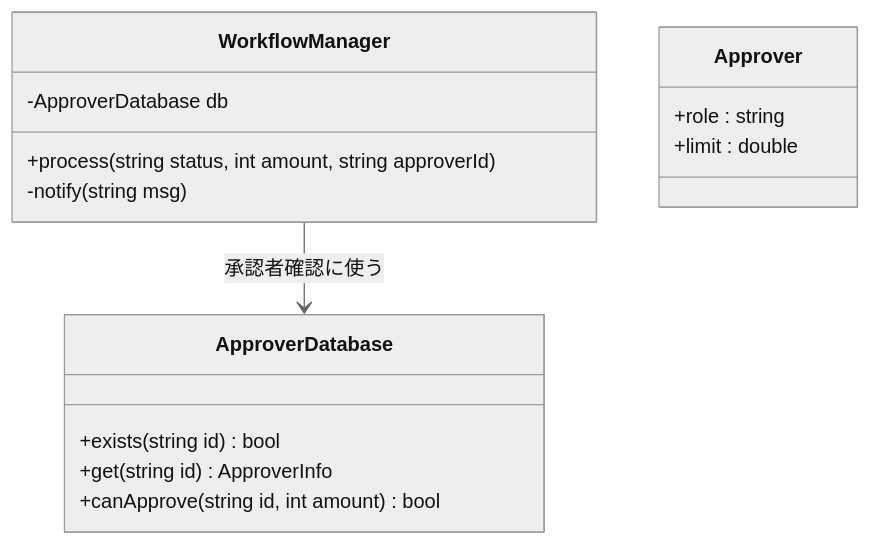
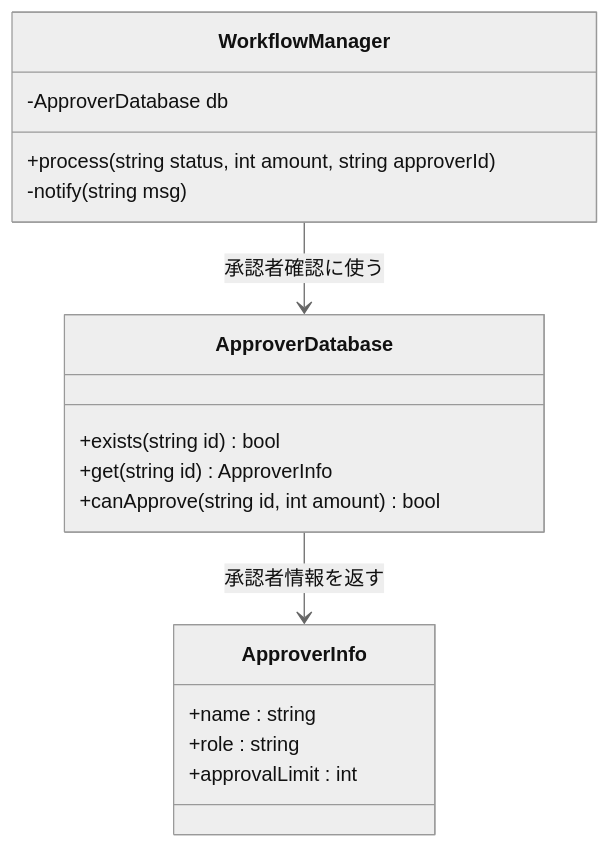
One commit to kumachan1101-pixel/DesignPattern changed the fourth of 16 diagrams in kindle/design-patterns/output/chapter12.md. Above: the diagram before and after it, drawn with Mermaid (neutral theme). The commit also changed other lines of this file and 1 other file, not shown here.

First line of the commit message:
fix: 第12章の未使用クラスApprover（ApproverInfo/ApproverDatabaseと重複する死んだ残骸）を削除しApproverInfoへ一本化（1-3表・クラス図・メンバー表・1-4コード）。第3章の1-4境界表からコードに存在しないReservationHistory行を除去

````diff
--- a/kindle/design-patterns/output/chapter12.md
+++ b/kindle/design-patterns/output/chapter12.md
@@ -196,18 +196,20 @@
 ```mermaid
 classDiagram
     class WorkflowManager {
         -ApproverDatabase db
         +process(string status, int amount, string approverId)
         -notify(string msg)
     }
     class ApproverDatabase {
         +exists(string id) bool
         +get(string id) ApproverInfo
         +canApprove(string id, int amount) bool
     }
-    class Approver {
+    class ApproverInfo {
+        +name : string
         +role : string
-        +limit : double
+        +approvalLimit : int
     }
     WorkflowManager --> ApproverDatabase : 承認者確認に使う
+    ApproverDatabase --> ApproverInfo : 承認者情報を返す
 ```
````
